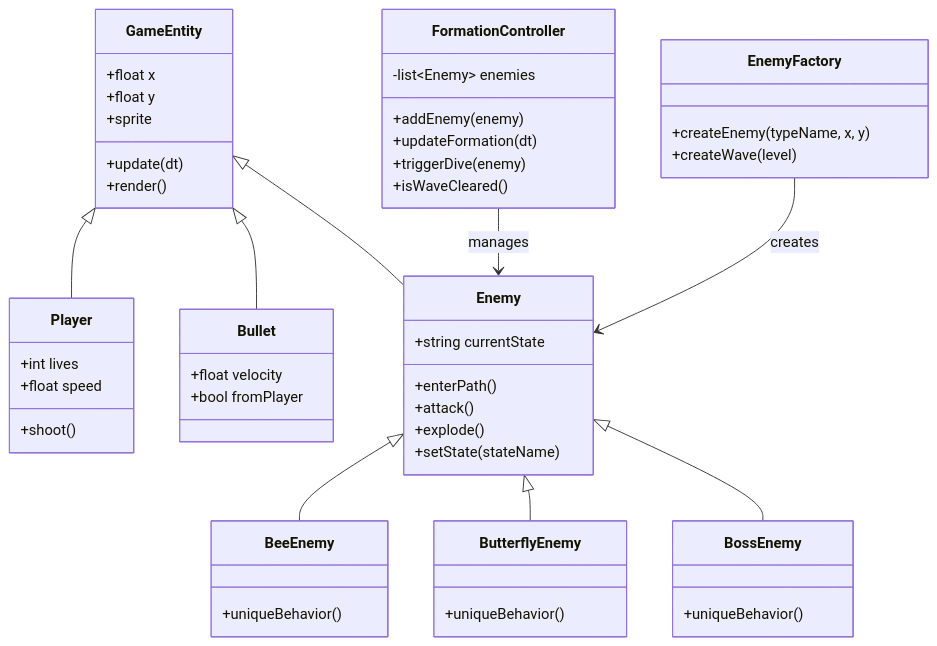
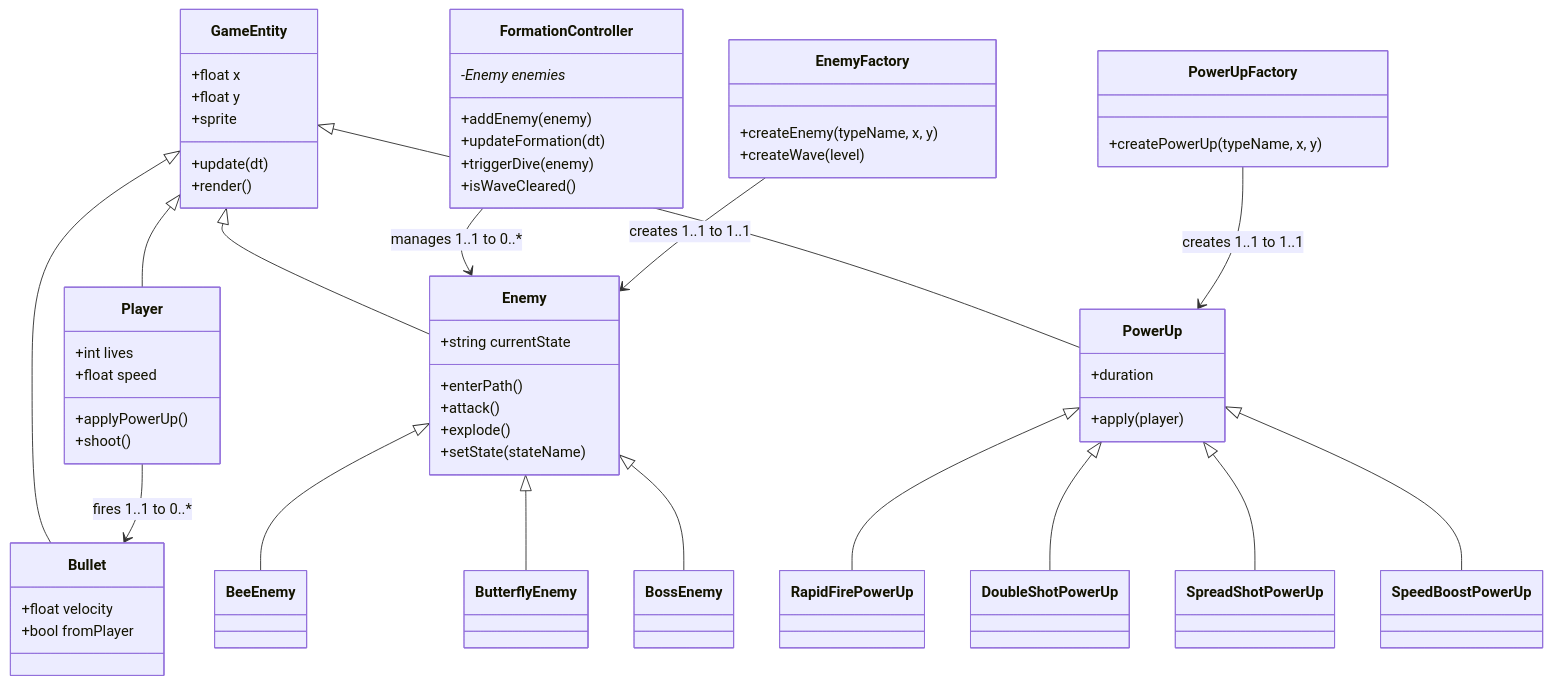
Before and after one commit to JAC-CS-Game-Programming-F25/project-brownies: the seventh of 7 diagrams in README.md, drawn with Mermaid. The commit also changed other lines of this file, not shown here.

````diff
--- a/README.md
+++ b/README.md
@@ -141,66 +160,83 @@
 ```mermaid
 classDiagram
 
     class GameEntity {
         +float x
         +float y
         +sprite
         +update(dt)
         +render()
     }
 
     class Player {
         +int lives
         +float speed
+        +applyPowerUp()
         +shoot()
     }
 
     class Bullet {
         +float velocity
         +bool fromPlayer
     }
 
     class Enemy {
         +string currentState
         +enterPath()
         +attack()
         +explode()
         +setState(stateName)
     }
 
-    class BeeEnemy {
-        +uniqueBehavior()
+    class BeeEnemy
+    class ButterflyEnemy
+    class BossEnemy
+
+    class PowerUp {
+        +apply(player)
+        +duration
     }
 
-    class ButterflyEnemy {
-        +uniqueBehavior()
-    }
+    class RapidFirePowerUp
+    class DoubleShotPowerUp
+    class SpreadShotPowerUp
+    class SpeedBoostPowerUp
 
-    class BossEnemy {
-        +uniqueBehavior()
+    class PowerUpFactory {
+        +createPowerUp(typeName, x, y)
     }
 
     class EnemyFactory {
         +createEnemy(typeName, x, y)
         +createWave(level)
     }
 
     class FormationController {
-        -list~Enemy~ enemies
+        -Enemy enemies*
         +addEnemy(enemy)
         +updateFormation(dt)
         +triggerDive(enemy)
         +isWaveCleared()
     }
 
+    %% Inheritance
     GameEntity <|-- Player
     GameEntity <|-- Bullet
     GameEntity <|-- Enemy
+    GameEntity <|-- PowerUp
 
     Enemy <|-- BeeEnemy
     Enemy <|-- ButterflyEnemy
     Enemy <|-- BossEnemy
 
-    FormationController --> Enemy : manages
-    EnemyFactory --> Enemy : creates
+    PowerUp <|-- RapidFirePowerUp
+    PowerUp <|-- DoubleShotPowerUp
+    PowerUp <|-- SpreadShotPowerUp
+    PowerUp <|-- SpeedBoostPowerUp
+
+    FormationController --> Enemy : manages 1..1 to 0..*
+    EnemyFactory --> Enemy : creates 1..1 to 1..1
+    PowerUpFactory --> PowerUp : creates 1..1 to 1..1
+    Player --> Bullet : fires 1..1 to 0..*
+
 ```
````
